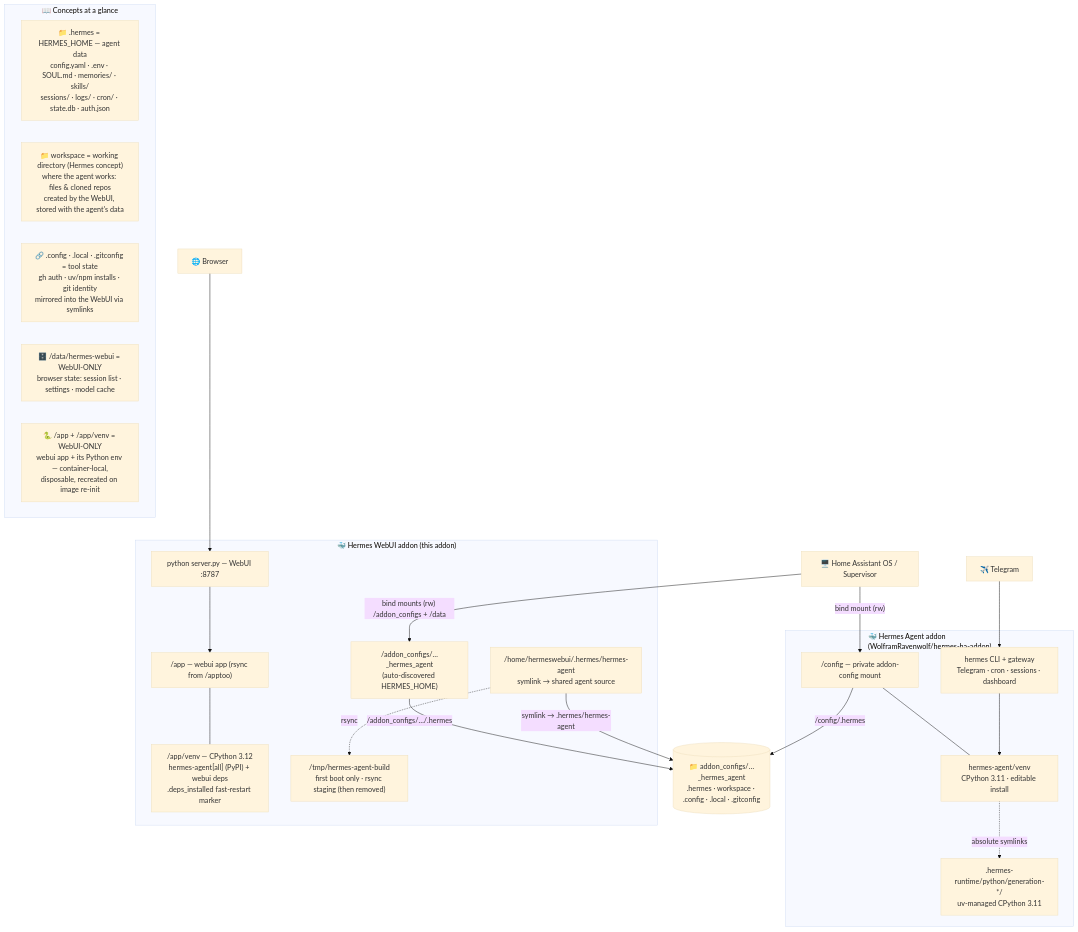
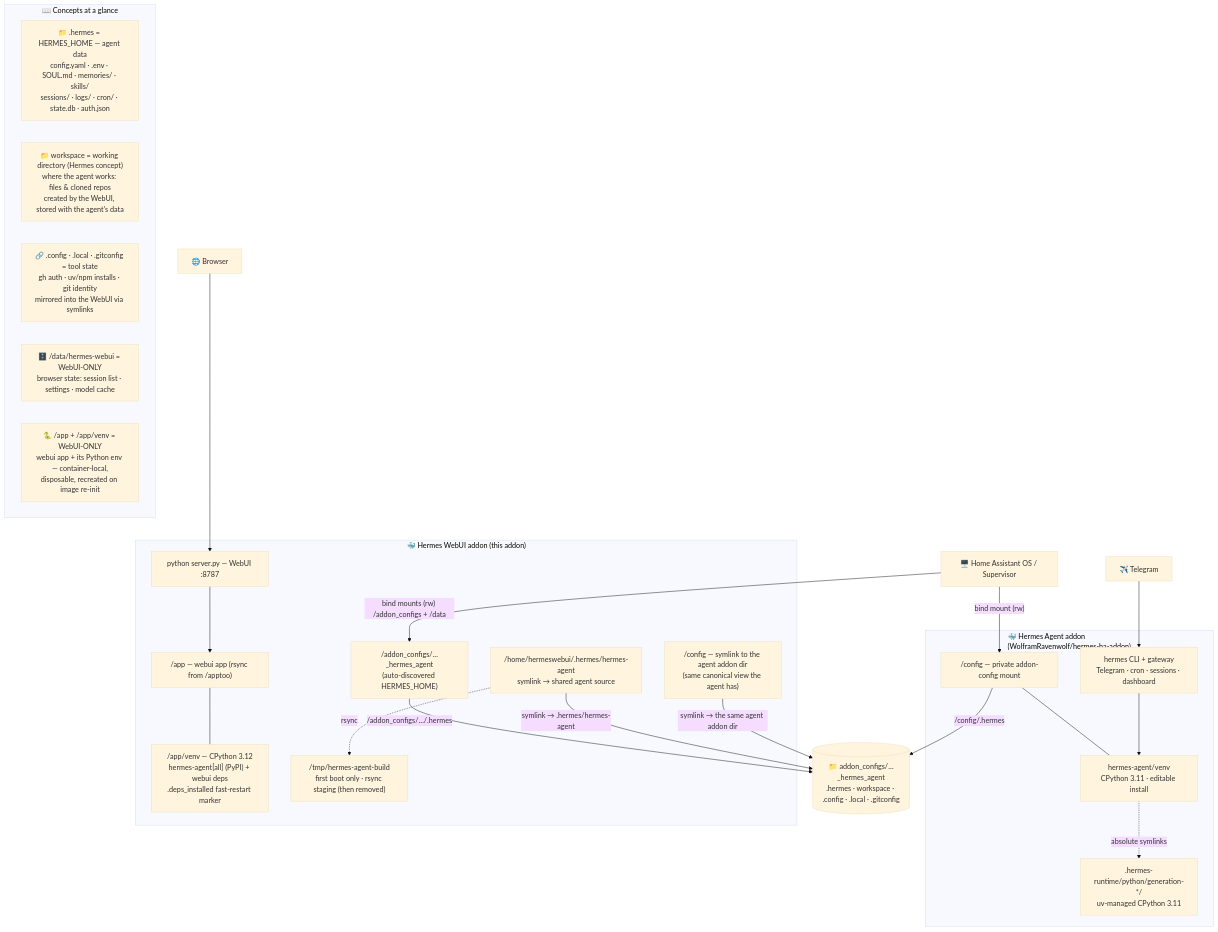
One commit to AmineDjeghri/ha-addons changed the diagram in addons/hermes-webui/README.md. Above: the diagram before and after it, drawn with Mermaid (base theme). The commit also changed other lines of this file and 1 other file, not shown here.

Commit message:
fix(hermes-webui): expose agent addon config dir at /config (#38)

````diff
--- a/addons/hermes-webui/README.md
+++ b/addons/hermes-webui/README.md
@@ -35,43 +35,45 @@
 ```mermaid
 flowchart TD
     HA["🖥️ Home Assistant OS / Supervisor"]
     BROWSER["🌐 Browser"] --> WEBUI_SRV
     TG["✈️ Telegram"] --> AGENT_PROC
     SHARED[("📁 addon_configs/…_hermes_agent<br/>.hermes · workspace · .config · .local · .gitconfig")]
 
     subgraph AGENT["🐳 Hermes Agent addon<br/>(WolframRavenwolf/hermes-ha-addon)"]
         A_HOME["/config — private addon-config mount"]
         A_VENV["hermes-agent/venv<br/>CPython 3.11 · editable install"]
         A_RUNTIME[".hermes-runtime/python/generation-*/<br/>uv-managed CPython 3.11"]
         AGENT_PROC["hermes CLI + gateway<br/>Telegram · cron · sessions · dashboard"]
         A_HOME --- A_VENV
         A_VENV -. absolute symlinks .-> A_RUNTIME
         AGENT_PROC --> A_VENV
     end
 
     subgraph WEBUI["🐳 Hermes WebUI addon (this addon)"]
         W_HOME["/addon_configs/…_hermes_agent<br/>(auto-discovered HERMES_HOME)"]
         W_APP["/app — webui app (rsync from /apptoo)"]
         W_VENV["/app/venv — CPython 3.12<br/>hermes-agent[all] (PyPI) + webui deps<br/>.deps_installed fast-restart marker"]
         W_SRC["/home/hermeswebui/.hermes/hermes-agent<br/>symlink → shared agent source"]
+        W_ALIAS["/config — symlink to the agent addon dir<br/>(same canonical view the agent has)"]
         W_TMP["/tmp/hermes-agent-build<br/>first boot only · rsync staging (then removed)"]
         WEBUI_SRV["python server.py — WebUI :8787"]
         W_APP --- W_VENV
         WEBUI_SRV --> W_APP
         W_SRC -. rsync .-> W_TMP
     end
 
     HA -- "bind mount (rw)" --> A_HOME
     HA -- "bind mounts (rw) /addon_configs + /data" --> W_HOME
     A_HOME -- "/config/.hermes" --> SHARED
     W_HOME -- "/addon_configs/…/.hermes" --> SHARED
     W_SRC -- "symlink → .hermes/hermes-agent" --> SHARED
+    W_ALIAS -- "symlink → the same agent addon dir" --> SHARED
 
     subgraph LEGEND["📖 Concepts at a glance"]
         L1["📁 .hermes = HERMES_HOME — agent data<br/>config.yaml · .env · SOUL.md · memories/ · skills/<br/>sessions/ · logs/ · cron/ · state.db · auth.json"]
         L2["📁 workspace = working directory (Hermes concept)<br/>where the agent works: files & cloned repos<br/>created by the WebUI, stored with the agent's data"]
         L3["🔗 .config · .local · .gitconfig = tool state<br/>gh auth · uv/npm installs · git identity<br/>mirrored into the WebUI via symlinks"]
         L4["🗄️ /data/hermes-webui = WebUI-ONLY<br/>browser state: session list · settings · model cache"]
         L5["🐍 /app + /app/venv = WebUI-ONLY<br/>webui app + its Python env — container-local,<br/>disposable, recreated on image re-init"]
     end
 ```
````
